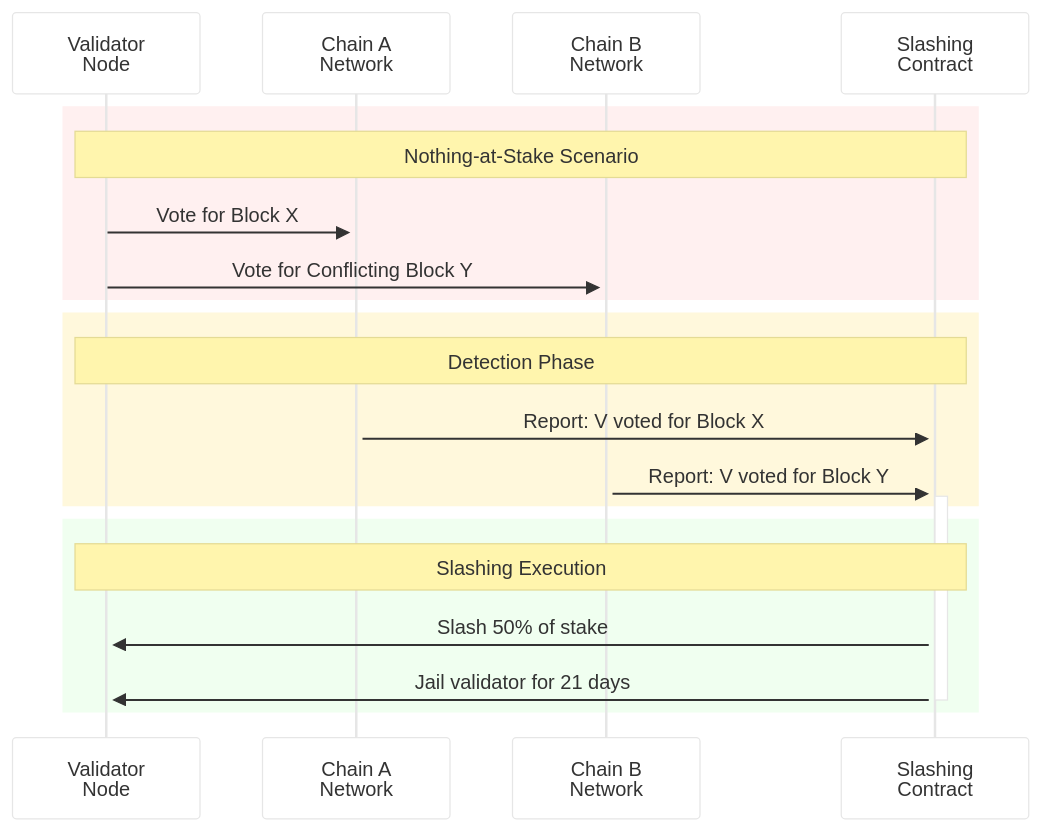
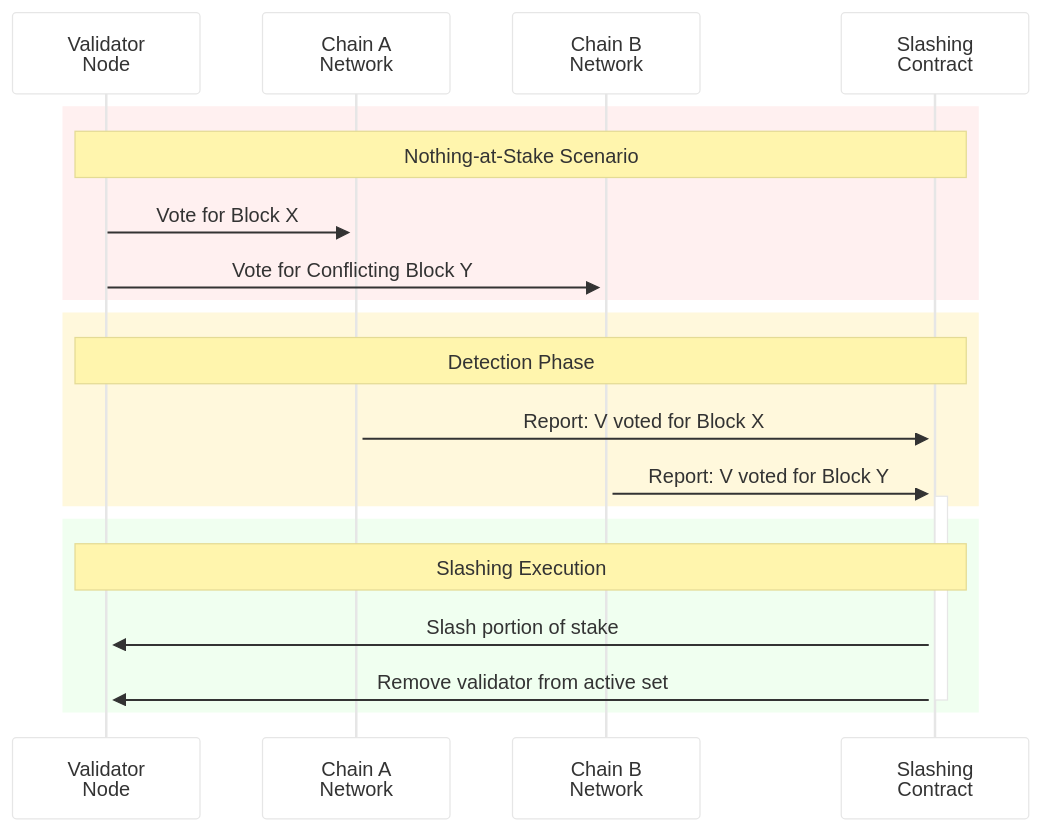
Diagram 19 of 24 in public/api/articles/byzantine-fault-tolerance.md (shapkarin/shapkarin.me), drawn with Mermaid before and after one commit. The commit also changed other lines of this file, not shown here.

````diff
--- a/public/api/articles/byzantine-fault-tolerance.md
+++ b/public/api/articles/byzantine-fault-tolerance.md
@@ -1227,27 +1227,27 @@
 ```mermaid
 %%{init: {'theme':'base', 'themeVariables': {'primaryColor':'#ffffff', 'fontSize':'16px'}}}%%
 sequenceDiagram
     participant V as Validator<br/>Node
     participant C1 as Chain A<br/>Network
     participant C2 as Chain B<br/>Network
     participant S as Slashing<br/>Contract
     
     rect rgb(255, 240, 240)
         Note over V,S: Nothing-at-Stake Scenario
         
         V->>+C1: Vote for Block X
         V->>+C2: Vote for Conflicting Block Y
     end
     
     rect rgb(255, 248, 220)
         Note over V,S: Detection Phase
         C1->>+S: Report: V voted for Block X
         C2->>+S: Report: V voted for Block Y
     end
     
     rect rgb(240, 255, 240)
         Note over V,S: Slashing Execution
-        S->>+V: Slash 50% of stake
-        S->>-V: Jail validator for 21 days
+        S->>+V: Slash portion of stake
+        S->>-V: Remove validator from active set
     end
 ```
````
